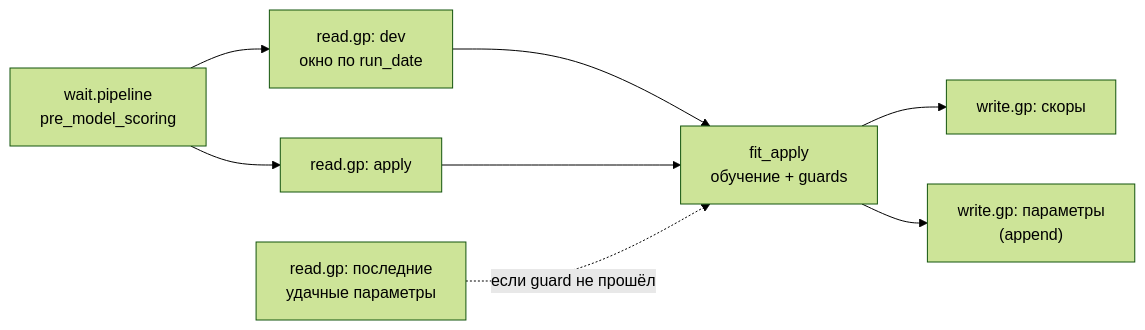
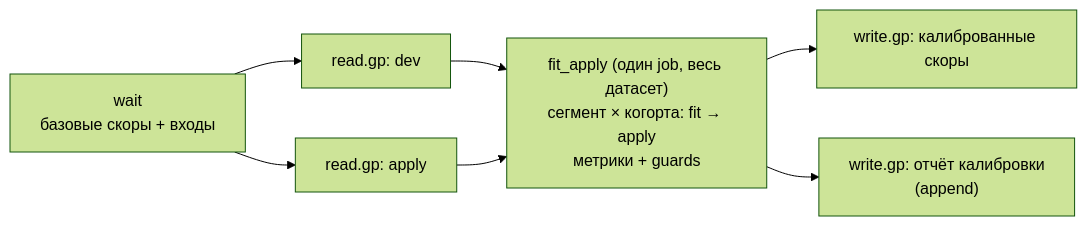
The fourth of 6 diagrams in docs/ARCHITECTURE.md (Radmayr/scoring-kit), drawn with Mermaid (forest theme) before and after one commit. The commit also changed other lines of this file and 2 other files, not shown here.

````diff
--- a/docs/ARCHITECTURE.md
+++ b/docs/ARCHITECTURE.md
@@ -328,10 +367,9 @@
 ```mermaid
 flowchart LR
-    S["wait.pipeline<br/>pre_model_scoring"] --> D["read.gp: dev<br/>окно по run_date"]
+    S["wait<br/>базовые скоры + входы"] --> D["read.gp: dev"]
     S --> A["read.gp: apply"]
-    D --> F["fit_apply<br/>обучение + guards"]
+    D --> F["fit_apply (один job, весь датасет)<br/>сегмент × когорта: fit → apply<br/>метрики + guards"]
     A --> F
-    L["read.gp: последние<br/>удачные параметры"] -.->|если guard не прошёл| F
-    F --> W1["write.gp: скоры"]
-    F --> W2["write.gp: параметры<br/>(append)"]
+    F --> W1["write.gp: калиброванные скоры"]
+    F --> W2["write.gp: отчёт калибровки<br/>(append)"]
 ```
````
